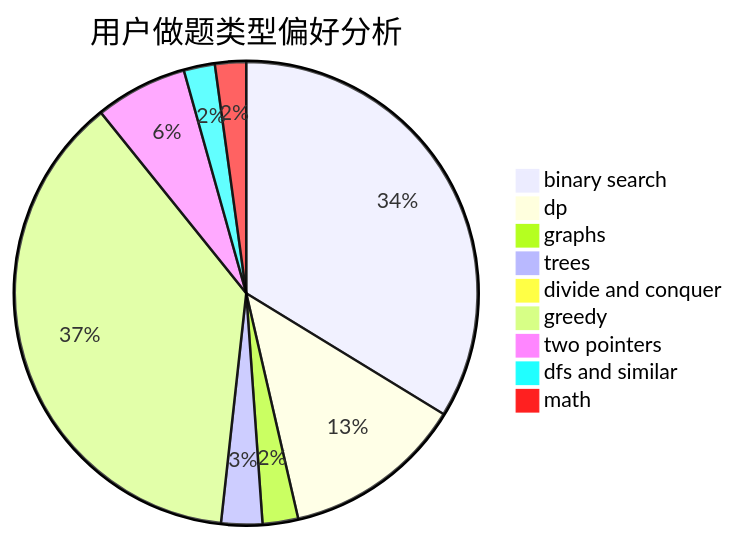
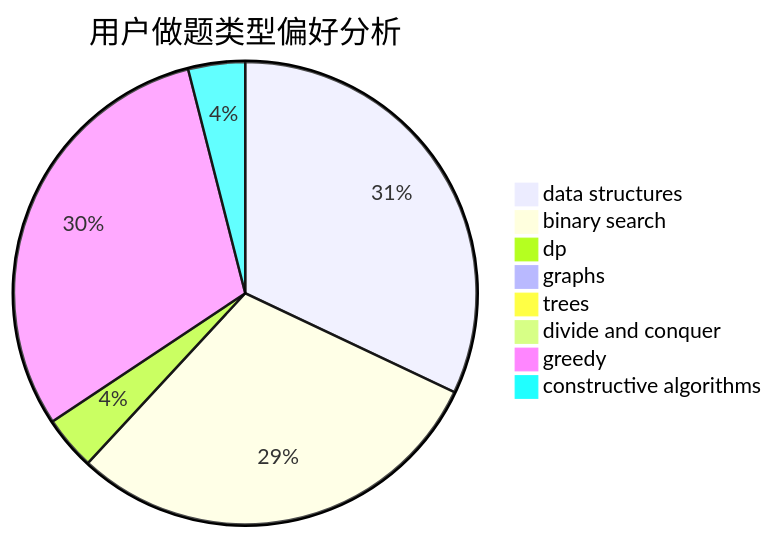
One commit to sherpahu/cfrs.github.io changed the second of 3 diagrams in docs/user/u1361.md. Above: the diagram before and after it, drawn with Mermaid. The commit also changed other lines of this file and 2775 other files, not shown here.

````diff
--- a/docs/user/u1361.md
+++ b/docs/user/u1361.md
@@ -23,12 +23,11 @@
 ```mermaid
 pie title 用户做题类型偏好分析
-    "binary search" :  435
-    "dp" :  163
-    "graphs" :  32
-    "trees" :  37
-    "divide and conquer" :  6
-    "greedy" :  483
-    "two pointers" :  83
-    "dfs and similar" :  28
-    "math" :  28
+    "data structures" :  443
+    "binary search" :  413
+    "dp" :  52
+    "graphs" :  12
+    "trees" :  13
+    "divide and conquer" :  0
+    "greedy" :  420
+    "constructive algorithms" :  55
 ```
````
